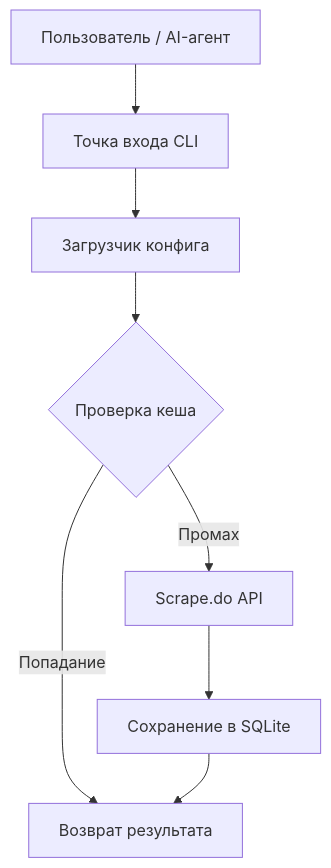
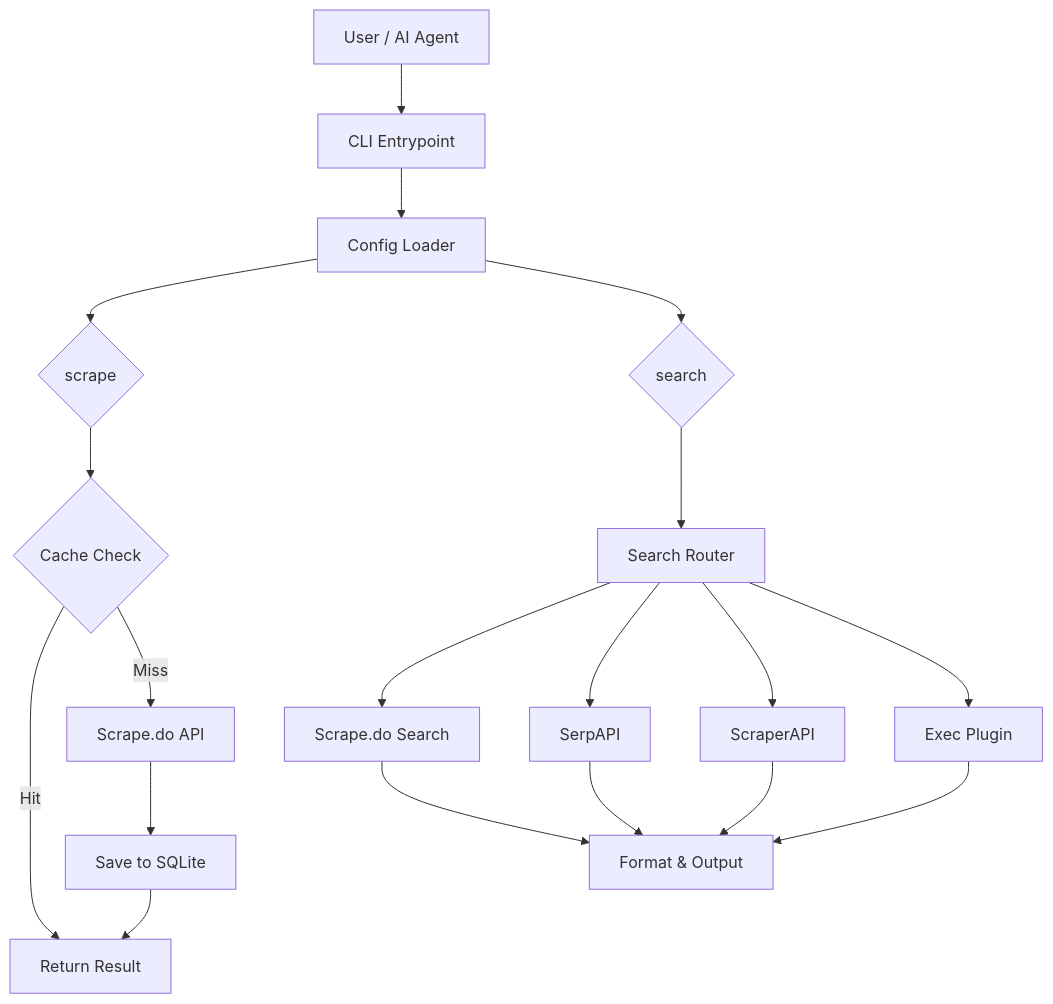
The first of 3 diagrams in docs/ru/04-architecture.md (ioplane/scrapedoctl), drawn with Mermaid before and after one commit. The commit also changed other lines of this file and 14 other files, not shown here.

````diff
--- a/docs/ru/04-architecture.md
+++ b/docs/ru/04-architecture.md
@@ -9,10 +9,21 @@
 ```mermaid
 graph TD
-    User[Пользователь / AI-агент] --> CLI[Точка входа CLI]
-    CLI --> Config[Загрузчик конфига]
-    Config --> Cache{Проверка кеша}
-    Cache -- Попадание --> Result[Возврат результата]
-    Cache -- Промах --> API[Scrape.do API]
-    API --> Save[Сохранение в SQLite]
+    User[User / AI Agent] --> CLI[CLI Entrypoint]
+    CLI --> Config[Config Loader]
+    Config --> Scrape{scrape}
+    Config --> Search{search}
+    Scrape --> Cache{Cache Check}
+    Cache -- Hit --> Result[Return Result]
+    Cache -- Miss --> API[Scrape.do API]
+    API --> Save[Save to SQLite]
     Save --> Result
+    Search --> Router[Search Router]
+    Router --> ScrapeDoSearch[Scrape.do Search]
+    Router --> SerpAPI[SerpAPI]
+    Router --> ScraperAPI[ScraperAPI]
+    Router --> ExecPlugin[Exec Plugin]
+    ScrapeDoSearch --> SearchResult[Format & Output]
+    SerpAPI --> SearchResult
+    ScraperAPI --> SearchResult
+    ExecPlugin --> SearchResult
 ```
````
